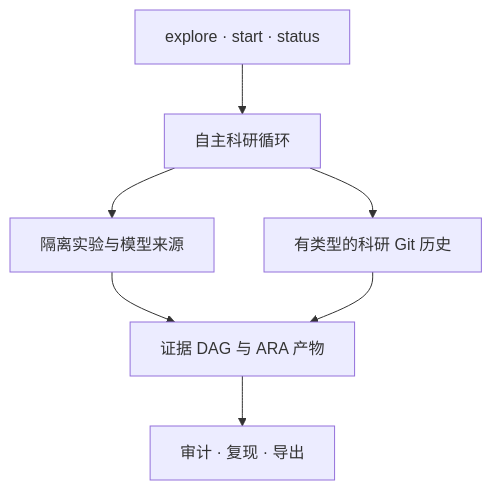
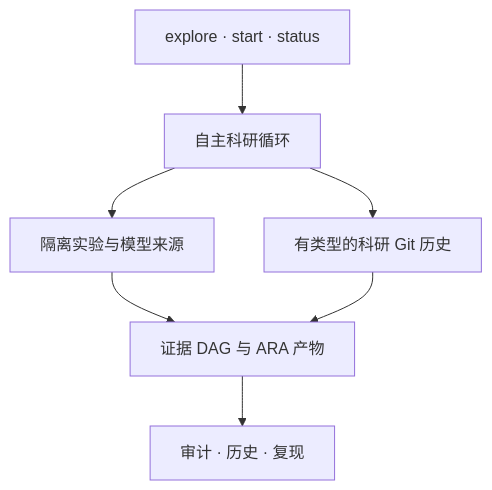
Before and after one commit to smileformylove/XScientist: the diagram in docs/README.zh.md, drawn with Mermaid. The commit also changed other lines of this file and 15 other files, not shown here.

````diff
--- a/docs/README.zh.md
+++ b/docs/README.zh.md
@@ -244,9 +253,9 @@
 ```mermaid
 flowchart TB
   U["explore · start · status"] --> O["自主科研循环"]
   O --> E["隔离实验与模型来源"]
   O --> R["有类型的科研 Git 历史"]
   E --> D["证据 DAG 与 ARA 产物"]
   R --> D
-  D --> A["审计 · 复现 · 导出"]
+  D --> A["审计 · 历史 · 复现"]
 ```
````
